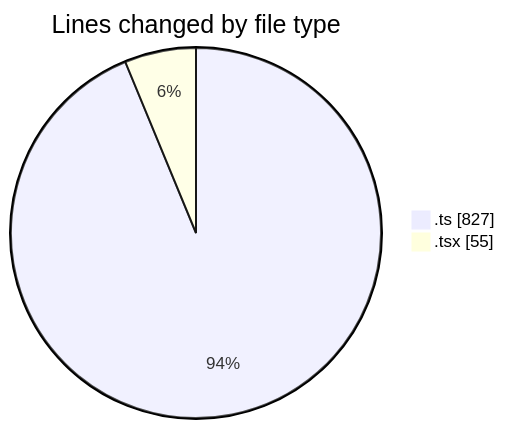
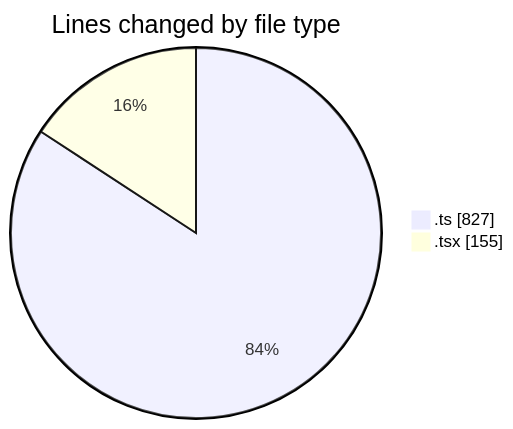
Before and after one commit to nxtqubesakshisongat/code-tracking: the first of 2 diagrams in 2026-03-04/nxtqube_webapp/README.md, drawn with Mermaid. The commit also changed other lines of this file and 1 other file, not shown here.

````diff
--- a/2026-03-04/nxtqube_webapp/README.md
+++ b/2026-03-04/nxtqube_webapp/README.md
@@ -21,6 +22,6 @@
 ```mermaid
 pie showData
 title Lines changed by file type
 ".ts" : 827
-".tsx" : 55
+".tsx" : 155
 ```
````
